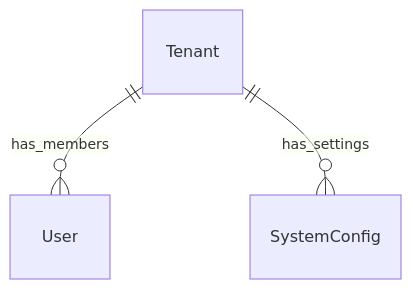
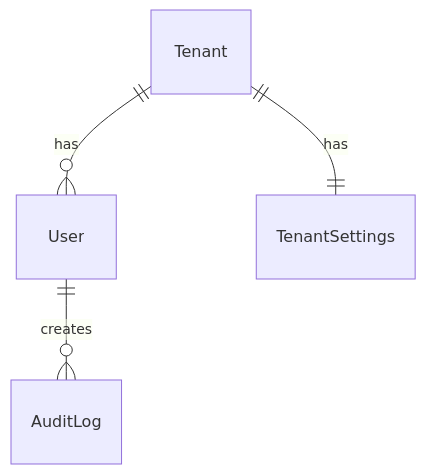
Before and after one commit to philongdanh/lms: the diagram in docs/specs/02-modules/admin/data.md, drawn with Mermaid. The commit also changed other lines of this file and 53 other files, not shown here.

````diff
--- a/docs/specs/02-modules/admin/data.md
+++ b/docs/specs/02-modules/admin/data.md
@@ -54,10 +50,11 @@
 ```mermaid
 ---
 config:
   themeVariables:
     fontFamily: "EB Garamond"
 ---
 erDiagram
-    Tenant ||--o{ User : "has_members"
-    Tenant ||--o{ SystemConfig : "has_settings"
+    Tenant ||--o{ User : "has"
+    Tenant ||--|| TenantSettings : "has"
+    User ||--o{ AuditLog : "creates"
 ```
````
